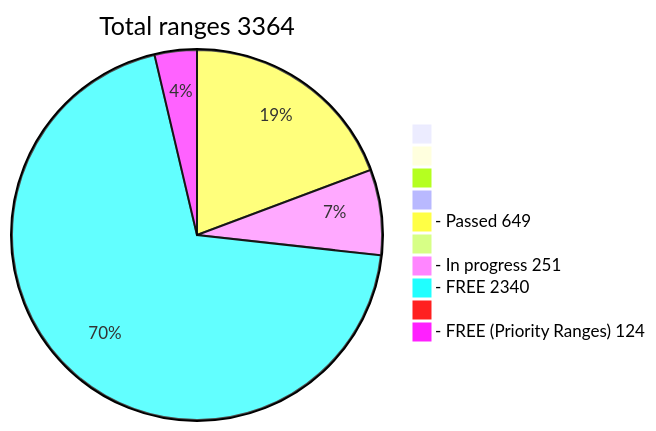
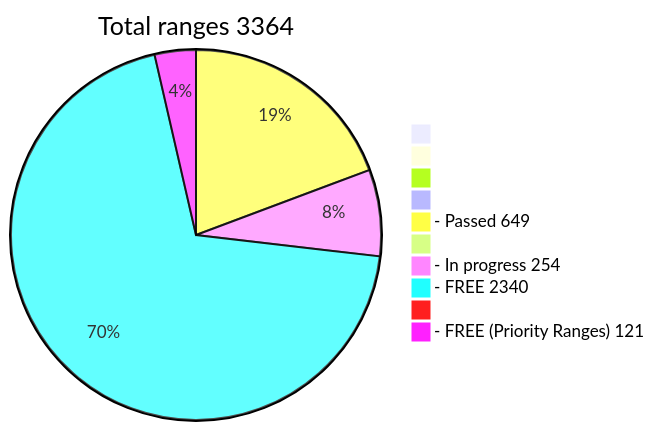
One commit to phrutis/wif500 changed the diagram in README.md. Above: the diagram before and after it, drawn with Mermaid.

````diff
--- a/README.md
+++ b/README.md
@@ -16,13 +16,13 @@
 ```mermaid
 pie title Total ranges 3364
              " " : 0
             "  " : 0
            "   " : 0
           "    " : 0
   "- Passed 649" : 649
          "     " : 0
-  "- In progress 251" : 251
+  "- In progress 254" : 254
    "- FREE 2340" : 2340
         "      " : 0
-  "- FREE (Priority Ranges) 124" : 124
+  "- FREE (Priority Ranges) 121" : 121
 ```
````
